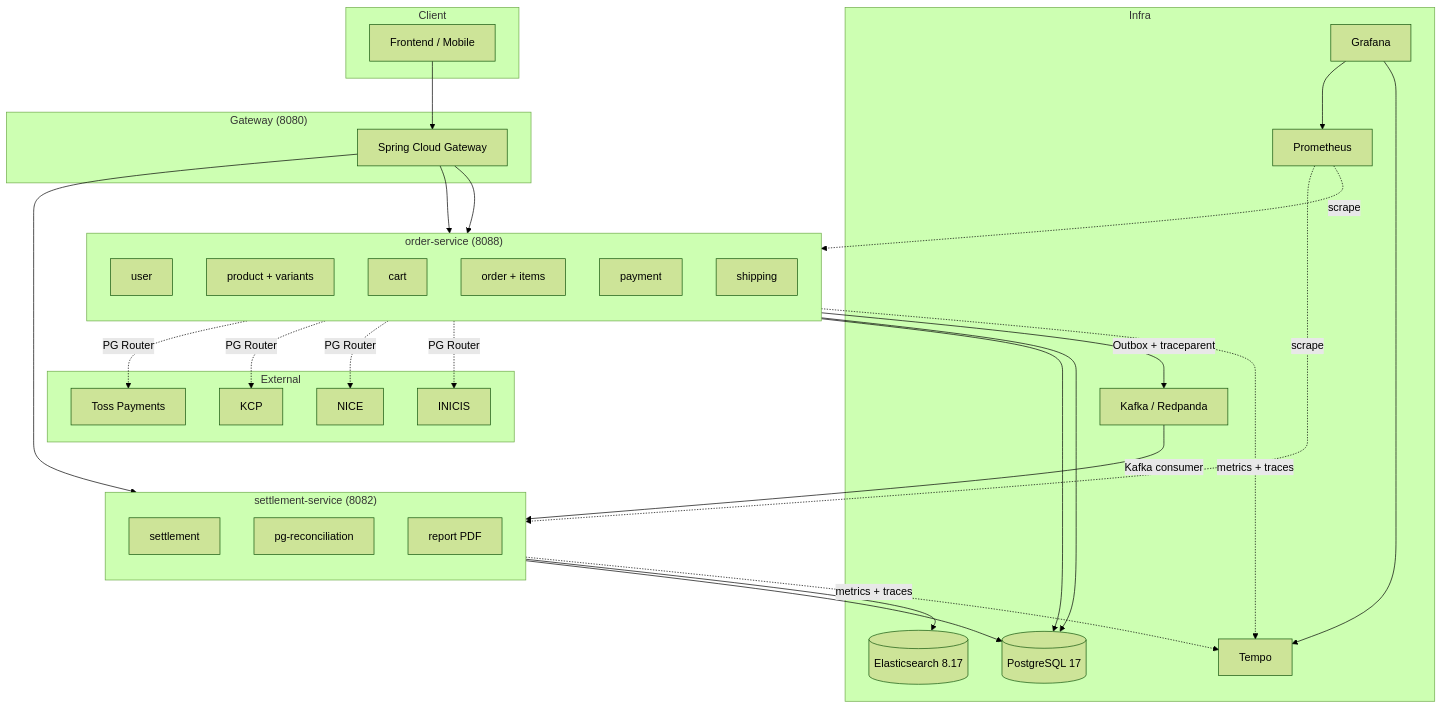
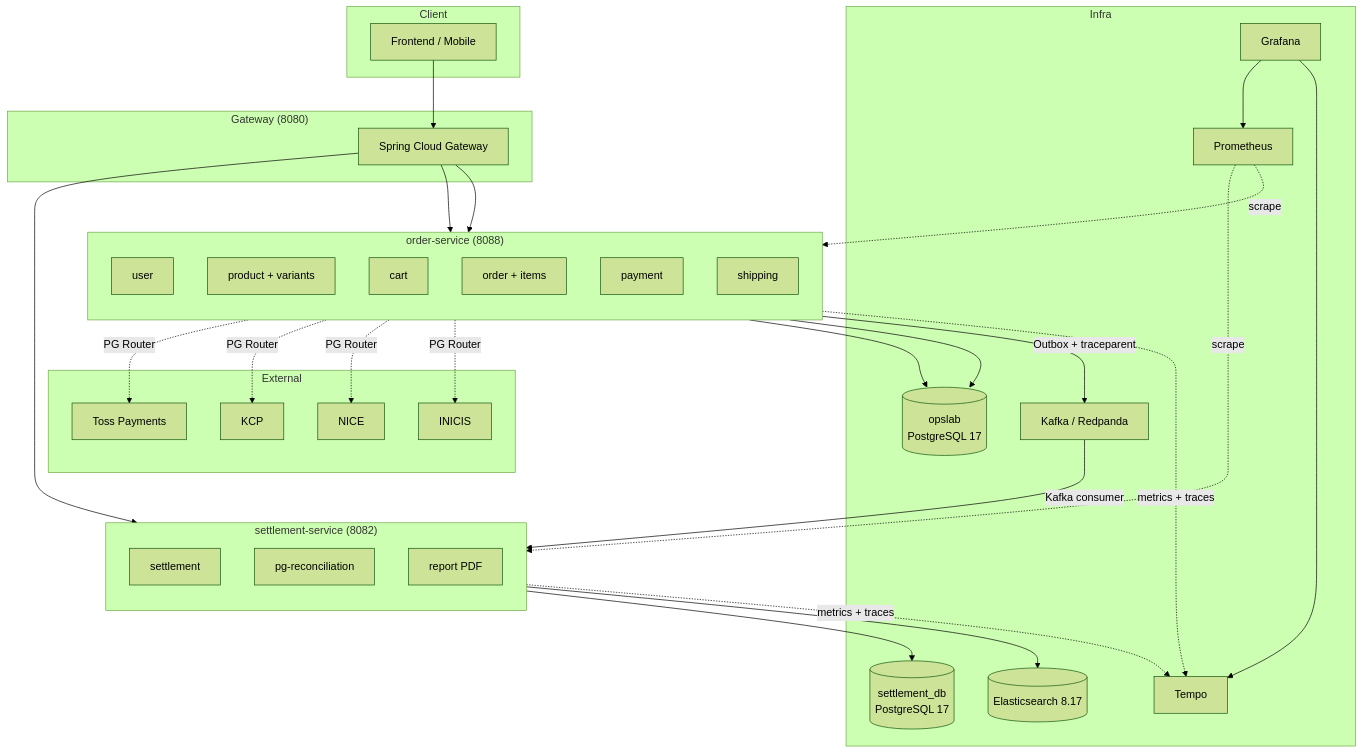
Before and after one commit to MyoungSoo7/settlement: the first of 3 diagrams in docs/diagrams/architecture.md, drawn with Mermaid (forest theme). The commit also changed other lines of this file and 1589 other files, not shown here.

````diff
--- a/docs/diagrams/architecture.md
+++ b/docs/diagrams/architecture.md
@@ -5,68 +5,69 @@
 ```mermaid
 graph TB
     subgraph "Client"
         FE[Frontend / Mobile]
     end
 
     subgraph "Gateway (8080)"
         GW[Spring Cloud Gateway]
     end
 
     subgraph "order-service (8088)"
         direction TB
         OUser[user]
         OProduct[product + variants]
         OCart[cart]
         OOrder[order + items]
         OPay[payment]
         OShip[shipping]
     end
 
     subgraph "settlement-service (8082)"
         direction TB
         SSet[settlement]
         SRecon[pg-reconciliation]
         SReport[report PDF]
     end
 
     subgraph "Infra"
-        PG[(PostgreSQL 17)]
+        PG[(opslab<br/>PostgreSQL 17)]
+        PG2[(settlement_db<br/>PostgreSQL 17)]
         ES[(Elasticsearch 8.17)]
         K[Kafka / Redpanda]
         TM[Tempo]
         PR[Prometheus]
         GF[Grafana]
     end
 
     subgraph "External"
         Toss[Toss Payments]
         Kcp[KCP]
         Nice[NICE]
         Inicis[INICIS]
     end
 
     FE --> GW
     GW --> OOrder
     GW --> OPay
     GW --> SSet
 
     OPay -.PG Router.-> Toss
     OPay -.PG Router.-> Kcp
     OPay -.PG Router.-> Nice
     OPay -.PG Router.-> Inicis
 
     OOrder --> PG
     OPay --> PG
-    SSet --> PG
+    SSet --> PG2
     SSet --> ES
 
     OPay -- Outbox + traceparent --> K
     K -- Kafka consumer --> SSet
 
     OOrder -.metrics + traces.-> TM
     SSet -.metrics + traces.-> TM
     PR -.scrape.-> OOrder
     PR -.scrape.-> SSet
     GF --> PR
     GF --> TM
 ```
````
